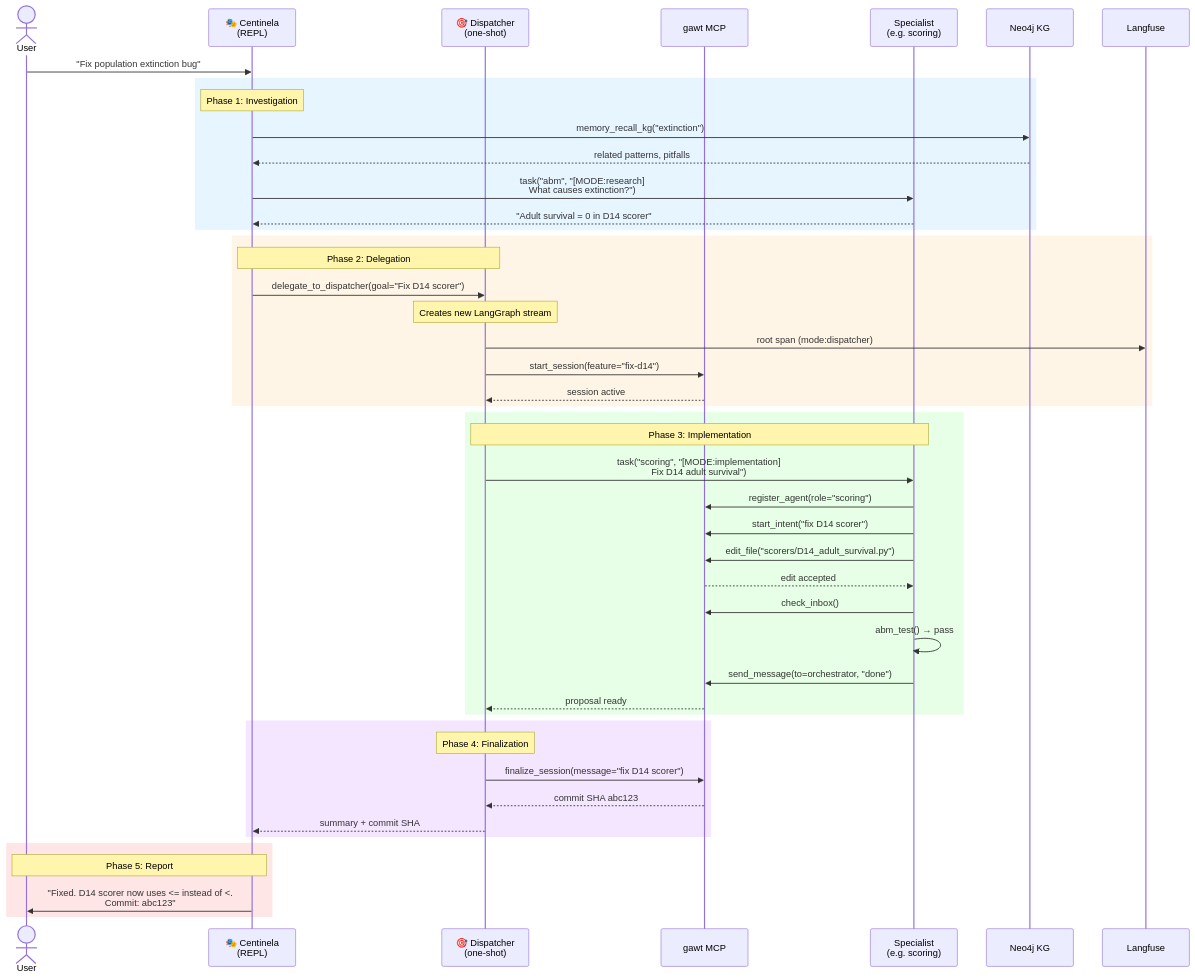
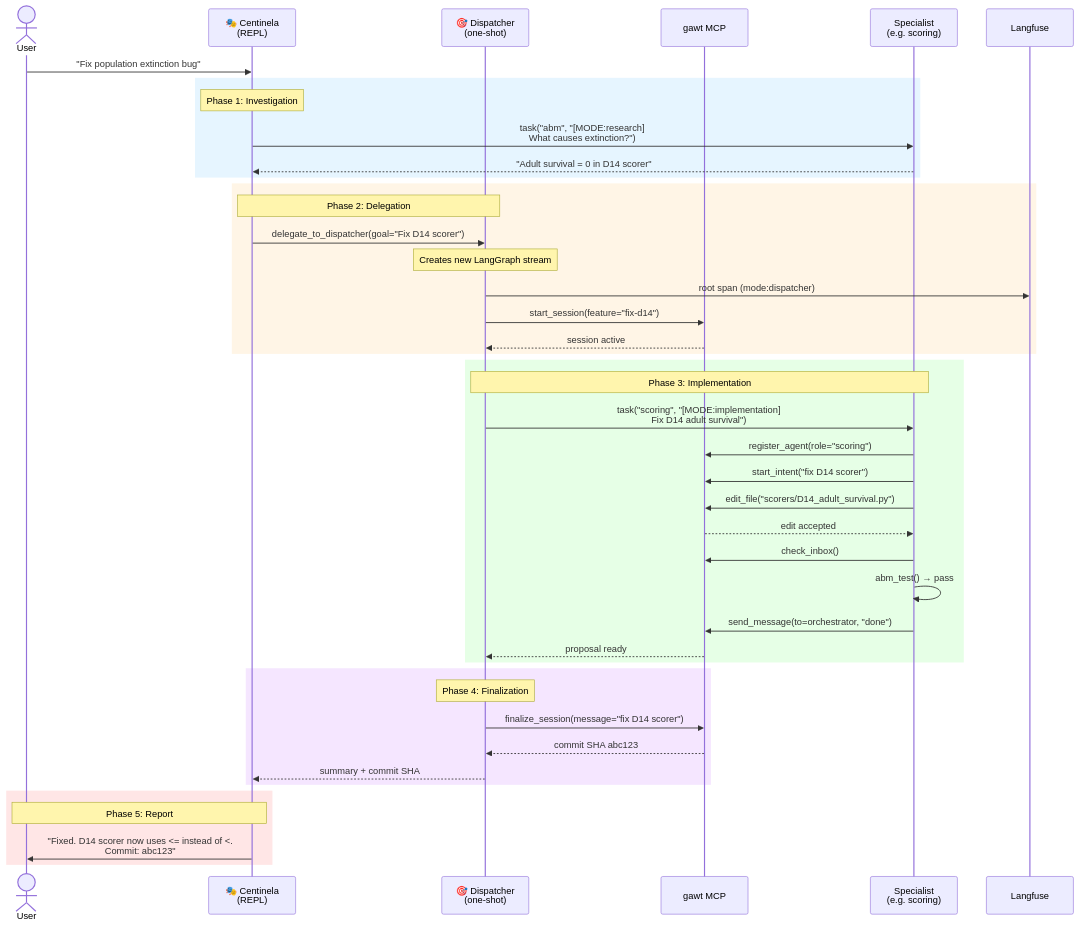
The second of 9 diagrams in docs/diagrams/janus-architecture.md (ANFAIA/MalariaSentinel), drawn with Mermaid before and after one commit. The commit also changed other lines of this file and 37 other files, not shown here.

First line of the commit message:
docs: drop knowledge-graph references after retiring the memory module

````diff
--- a/docs/diagrams/janus-architecture.md
+++ b/docs/diagrams/janus-architecture.md
@@ -68,54 +65,51 @@
 ```mermaid
 sequenceDiagram
     actor User
     participant C as 🎭 Centinela<br/>(REPL)
     participant D as 🎯 Dispatcher<br/>(one-shot)
     participant GW as gawt MCP
     participant SP as Specialist<br/>(e.g. scoring)
-    participant KG as Neo4j KG
     participant LF as Langfuse
 
     User->>C: "Fix population extinction bug"
 
     rect rgb(230, 245, 255)
         Note over C: Phase 1: Investigation
-        C->>KG: memory_recall_kg("extinction")
-        KG-->>C: related patterns, pitfalls
         C->>SP: task("abm", "[MODE:research]<br/>What causes extinction?")
         SP-->>C: "Adult survival = 0 in D14 scorer"
     end
 
     rect rgb(255, 245, 230)
         Note over C,D: Phase 2: Delegation
         C->>D: delegate_to_dispatcher(goal="Fix D14 scorer")
         Note over D: Creates new LangGraph stream
         D->>LF: root span (mode:dispatcher)
         D->>GW: start_session(feature="fix-d14")
         GW-->>D: session active
     end
 
     rect rgb(230, 255, 230)
         Note over D,SP: Phase 3: Implementation
         D->>SP: task("scoring", "[MODE:implementation]<br/>Fix D14 adult survival")
         SP->>GW: register_agent(role="scoring")
         SP->>GW: start_intent("fix D14 scorer")
         SP->>GW: edit_file("scorers/D14_adult_survival.py")
         GW-->>SP: edit accepted
         SP->>GW: check_inbox()
         SP->>SP: abm_test() → pass
         SP->>GW: send_message(to=orchestrator, "done")
         GW-->>D: proposal ready
     end
 
     rect rgb(245, 230, 255)
         Note over D: Phase 4: Finalization
         D->>GW: finalize_session(message="fix D14 scorer")
         GW-->>D: commit SHA abc123
         D-->>C: summary + commit SHA
     end
 
     rect rgb(255, 230, 230)
         Note over C,User: Phase 5: Report
         C->>User: "Fixed. D14 scorer now uses <= instead of <.<br/>Commit: abc123"
     end
 ```
````
